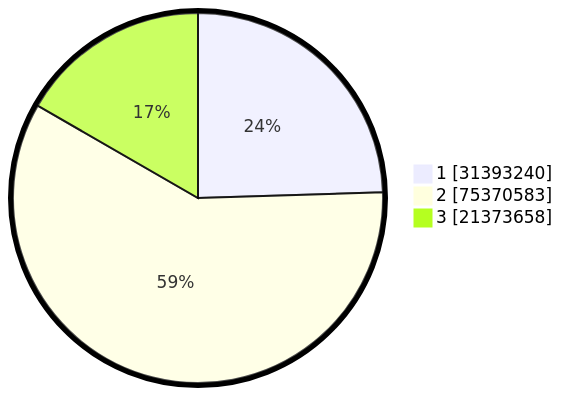
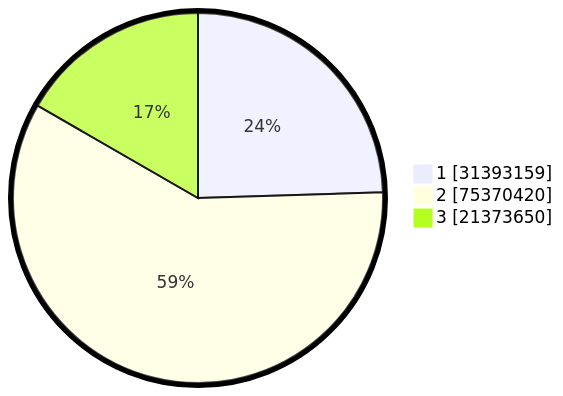
Before and after one commit to gigit-pemilu/pemilu-2024: the second of 2 diagrams in pilpres/hitung-suara/README.md, drawn with Mermaid. The commit also changed other lines of this file and 4 other files, not shown here.

````diff
--- a/pilpres/hitung-suara/README.md
+++ b/pilpres/hitung-suara/README.md
@@ -93,7 +93,7 @@
 ```mermaid
 %%{init: {"pie": {"textPosition": 0.5}, "themeVariables": {"pieOuterStrokeWidth": "5px"}} }%%
 pie showData
-    "1" : 31393240
-    "2" : 75370583
-    "3" : 21373658
+    "1" : 31393159
+    "2" : 75370420
+    "3" : 21373650
 ```
````
